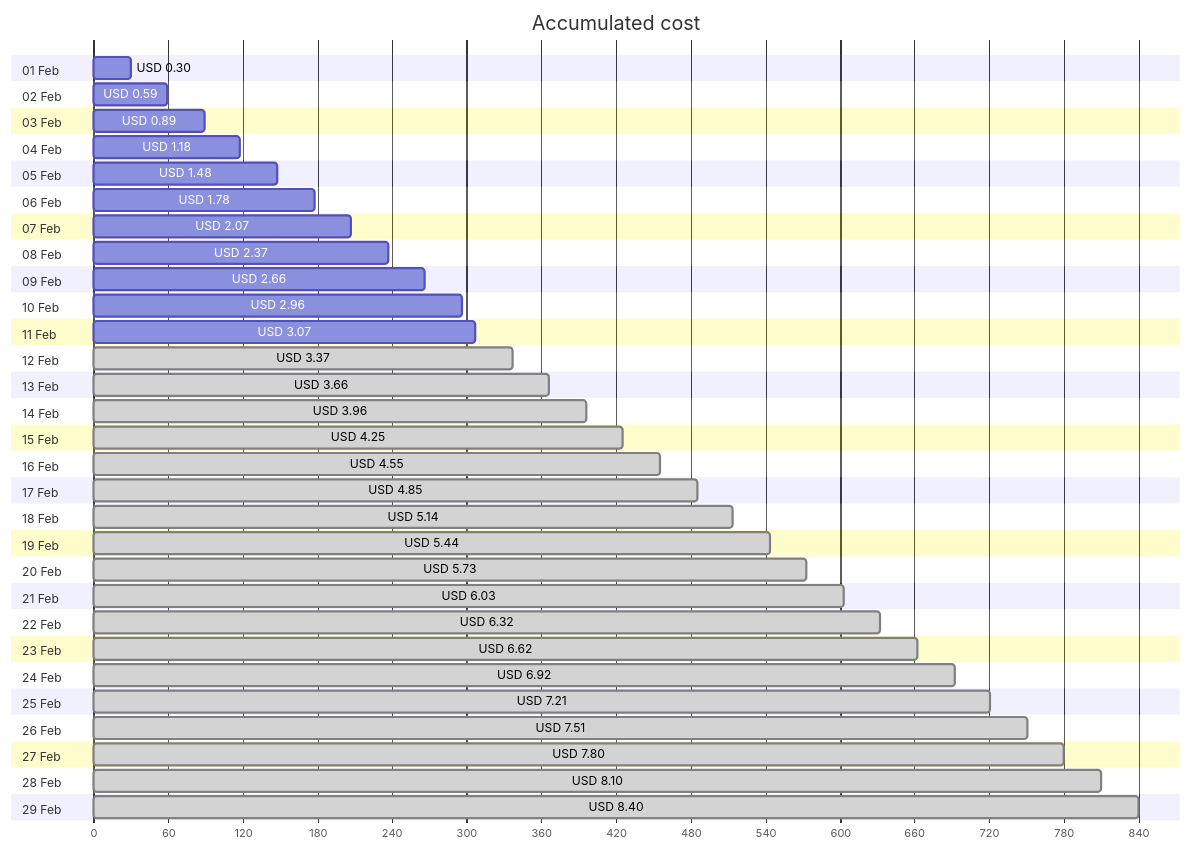
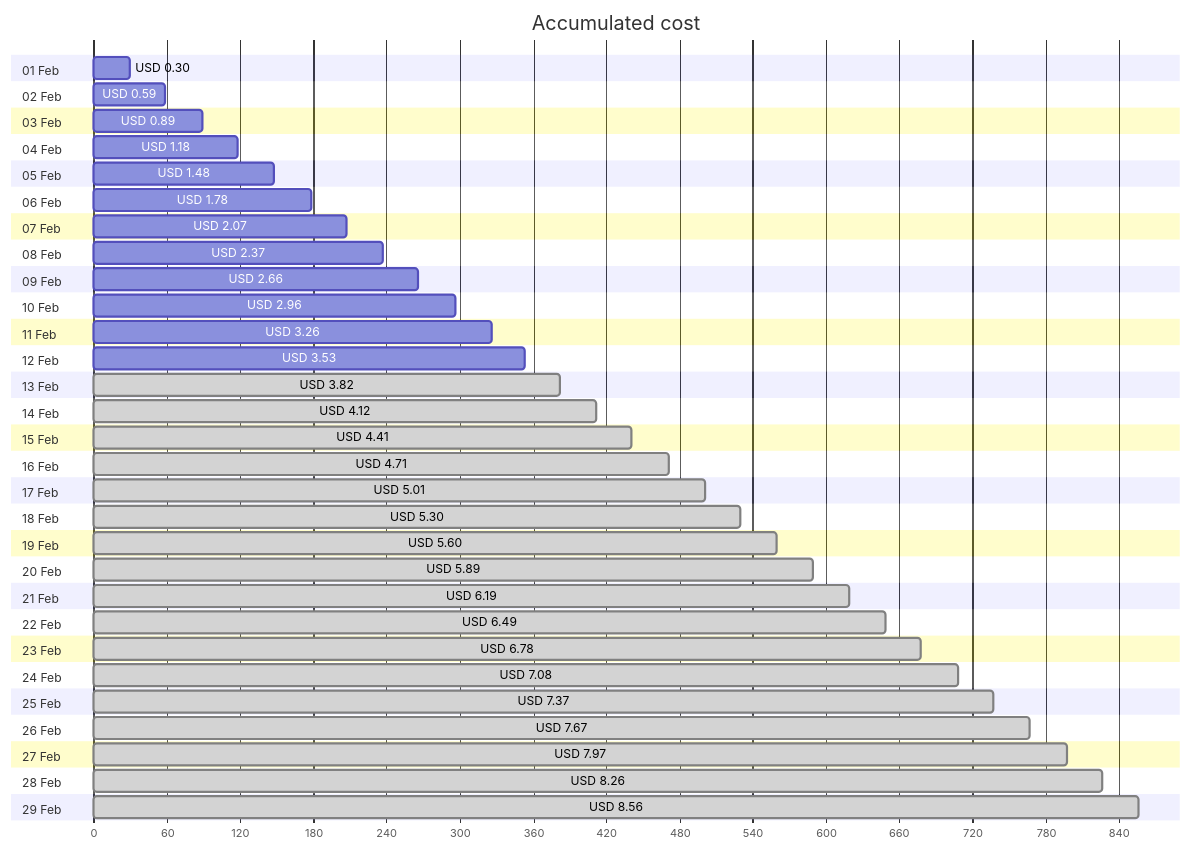
One commit to jpfulton/azure-personal-reports changed the first of 4 diagrams in cost-reports/personal-site/personal-site-preview.md. Above: the diagram before and after it, drawn with Mermaid. The commit also changed other lines of this file and 6 other files, not shown here.

````diff
--- a/cost-reports/personal-site/personal-site-preview.md
+++ b/cost-reports/personal-site/personal-site-preview.md
@@ -20,64 +20,64 @@
 ```mermaid
 gantt
    title Accumulated cost
    dateFormat  X
    axisFormat %s
    section 01 Feb
    USD 0.30 :0, 30
    section 02 Feb
    USD 0.59 :0, 59
    section 03 Feb
    USD 0.89 :0, 89
    section 04 Feb
    USD 1.18 :0, 118
    section 05 Feb
    USD 1.48 :0, 148
    section 06 Feb
    USD 1.78 :0, 178
    section 07 Feb
    USD 2.07 :0, 207
    section 08 Feb
    USD 2.37 :0, 237
    section 09 Feb
    USD 2.66 :0, 266
    section 10 Feb
    USD 2.96 :0, 296
    section 11 Feb
-   USD 3.07 :0, 307
+   USD 3.26 :0, 326
    section 12 Feb
-   USD 3.37 : done, 0, 337
+   USD 3.53 :0, 353
    section 13 Feb
-   USD 3.66 : done, 0, 366
+   USD 3.82 : done, 0, 382
    section 14 Feb
-   USD 3.96 : done, 0, 396
+   USD 4.12 : done, 0, 412
    section 15 Feb
-   USD 4.25 : done, 0, 425
+   USD 4.41 : done, 0, 441
    section 16 Feb
-   USD 4.55 : done, 0, 455
+   USD 4.71 : done, 0, 471
    section 17 Feb
-   USD 4.85 : done, 0, 485
+   USD 5.01 : done, 0, 501
    section 18 Feb
-   USD 5.14 : done, 0, 514
+   USD 5.30 : done, 0, 530
    section 19 Feb
-   USD 5.44 : done, 0, 544
+   USD 5.60 : done, 0, 560
    section 20 Feb
-   USD 5.73 : done, 0, 573
+   USD 5.89 : done, 0, 589
    section 21 Feb
-   USD 6.03 : done, 0, 603
+   USD 6.19 : done, 0, 619
    section 22 Feb
-   USD 6.32 : done, 0, 632
+   USD 6.49 : done, 0, 649
    section 23 Feb
-   USD 6.62 : done, 0, 662
+   USD 6.78 : done, 0, 678
    section 24 Feb
-   USD 6.92 : done, 0, 692
+   USD 7.08 : done, 0, 708
    section 25 Feb
-   USD 7.21 : done, 0, 721
+   USD 7.37 : done, 0, 737
    section 26 Feb
-   USD 7.51 : done, 0, 751
+   USD 7.67 : done, 0, 767
    section 27 Feb
-   USD 7.80 : done, 0, 780
+   USD 7.97 : done, 0, 797
    section 28 Feb
-   USD 8.10 : done, 0, 810
+   USD 8.26 : done, 0, 826
    section 29 Feb
-   USD 8.40 : done, 0, 840
+   USD 8.56 : done, 0, 856
 ```
````
